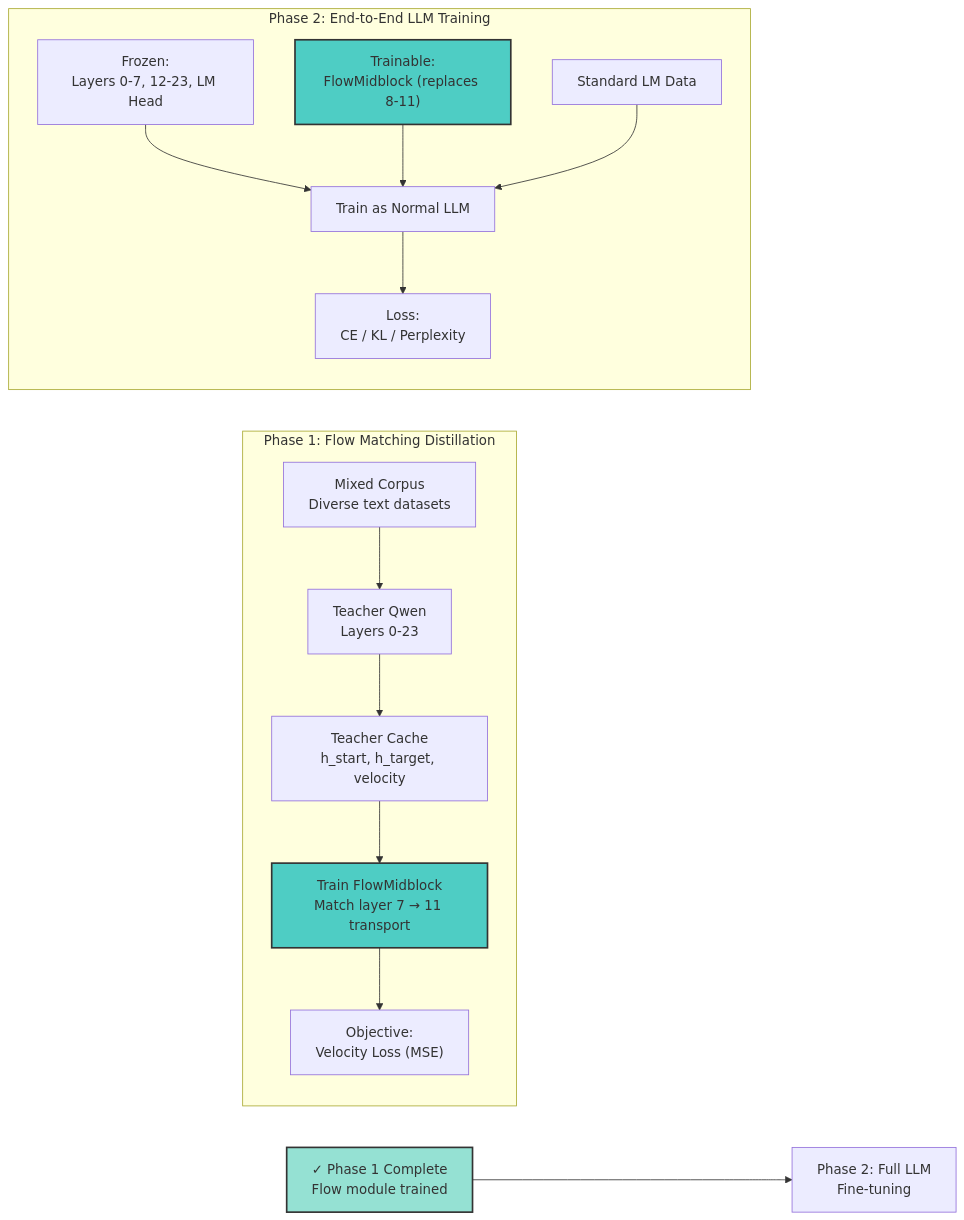
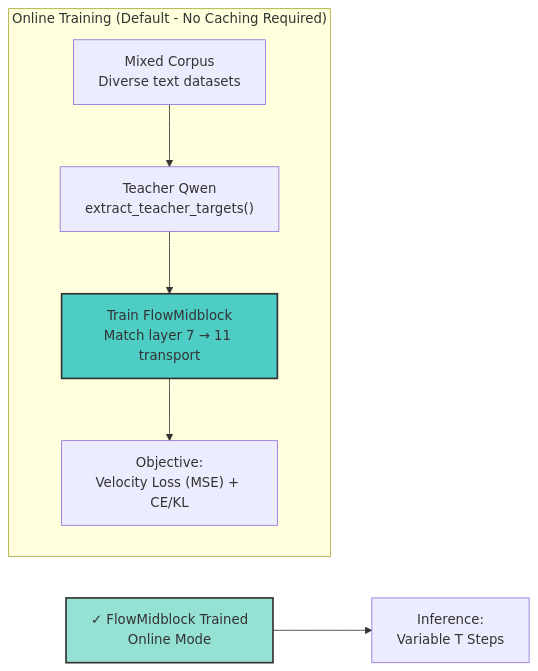
Before and after one commit to hungphongtrn/midflowlm: the second of 2 diagrams in README.md, drawn with Mermaid. The commit also changed other lines of this file and 29 other files, not shown here.

First line of the commit message:
refactor: make online calculation the default training mode

````diff
--- a/README.md
+++ b/README.md
@@ -45,36 +45,19 @@
 ```mermaid
 flowchart LR
-    subgraph "Phase 1: Flow Matching Distillation"
+    subgraph "Online Training (Default - No Caching Required)"
         direction TB
         P1_Data["Mixed Corpus<br/>Diverse text datasets"]
-        P1_Teacher["Teacher Qwen<br/>Layers 0-23"]
-        P1_Cache["Teacher Cache<br/>h_start, h_target, velocity"]
+        P1_Teacher["Teacher Qwen<br/>extract_teacher_targets()"]
         P1_Train["Train FlowMidblock<br/>Match layer 7 → 11 transport"]
-        P1_Obj["Objective:<br/>Velocity Loss (MSE)"]
+        P1_Obj["Objective:<br/>Velocity Loss (MSE) + CE/KL"]
         
         P1_Data --> P1_Teacher
-        P1_Teacher --> P1_Cache
-        P1_Cache --> P1_Train
+        P1_Teacher --> P1_Train
         P1_Train --> P1_Obj
     end
     
-    subgraph "Phase 2: End-to-End LLM Training"
-        direction TB
-        P2_Frozen["Frozen:<br/>Layers 0-7, 12-23, LM Head"]
-        P2_Trainable["Trainable:<br/>FlowMidblock (replaces 8-11)"]
-        P2_Data["Standard LM Data"]
-        P2_Loss["Loss:<br/>CE / KL / Perplexity"]
-        P2_Out["Train as Normal LLM"]
-        
-        P2_Frozen --> P2_Out
-        P2_Trainable --> P2_Out
-        P2_Data --> P2_Out
-        P2_Out --> P2_Loss
-    end
-    
-    Phase1["✓ Phase 1 Complete<br/>Flow module trained"] --> Phase2["Phase 2: Full LLM<br/>Fine-tuning"]
+    P1_Complete["✓ FlowMidblock Trained<br/>Online Mode"] --> P2_Inference["Inference:<br/>Variable T Steps"]
     
     style P1_Train fill:#4ecdc4,stroke:#333,stroke-width:2px
-    style P2_Trainable fill:#4ecdc4,stroke:#333,stroke-width:2px
-    style Phase1 fill:#95e1d3,stroke:#333,stroke-width:2px
+    style P1_Complete fill:#95e1d3,stroke:#333,stroke-width:2px
 ```
````
